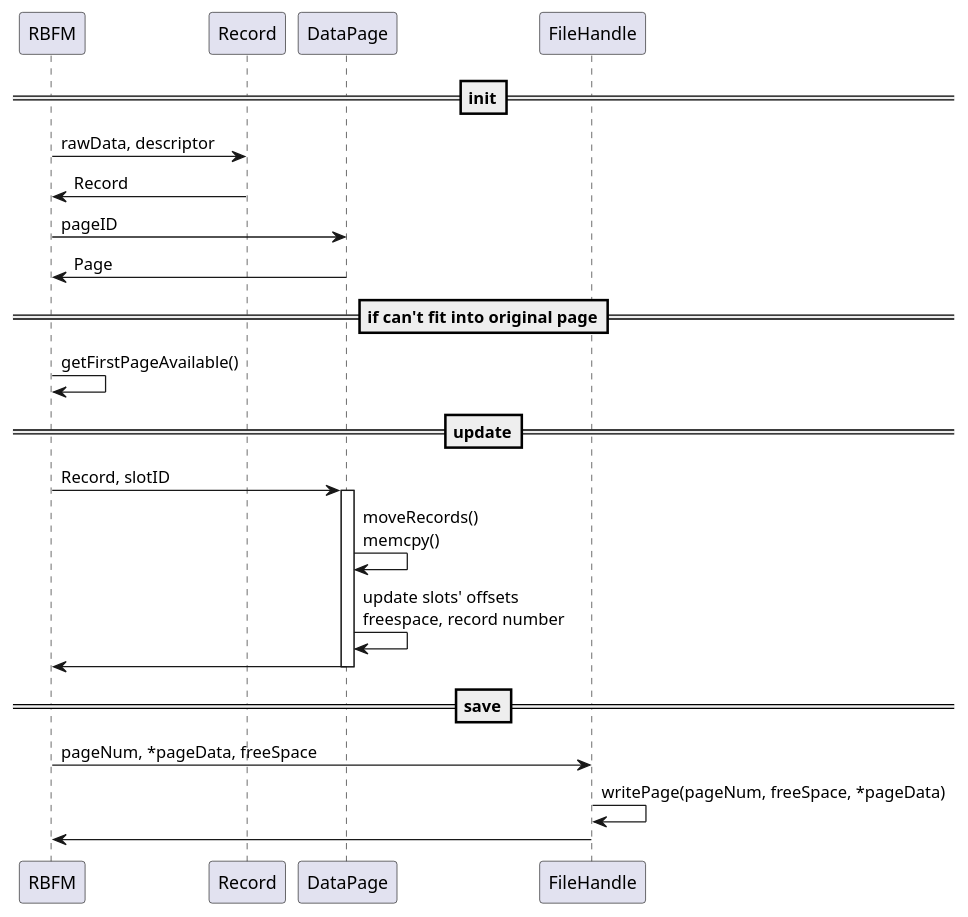
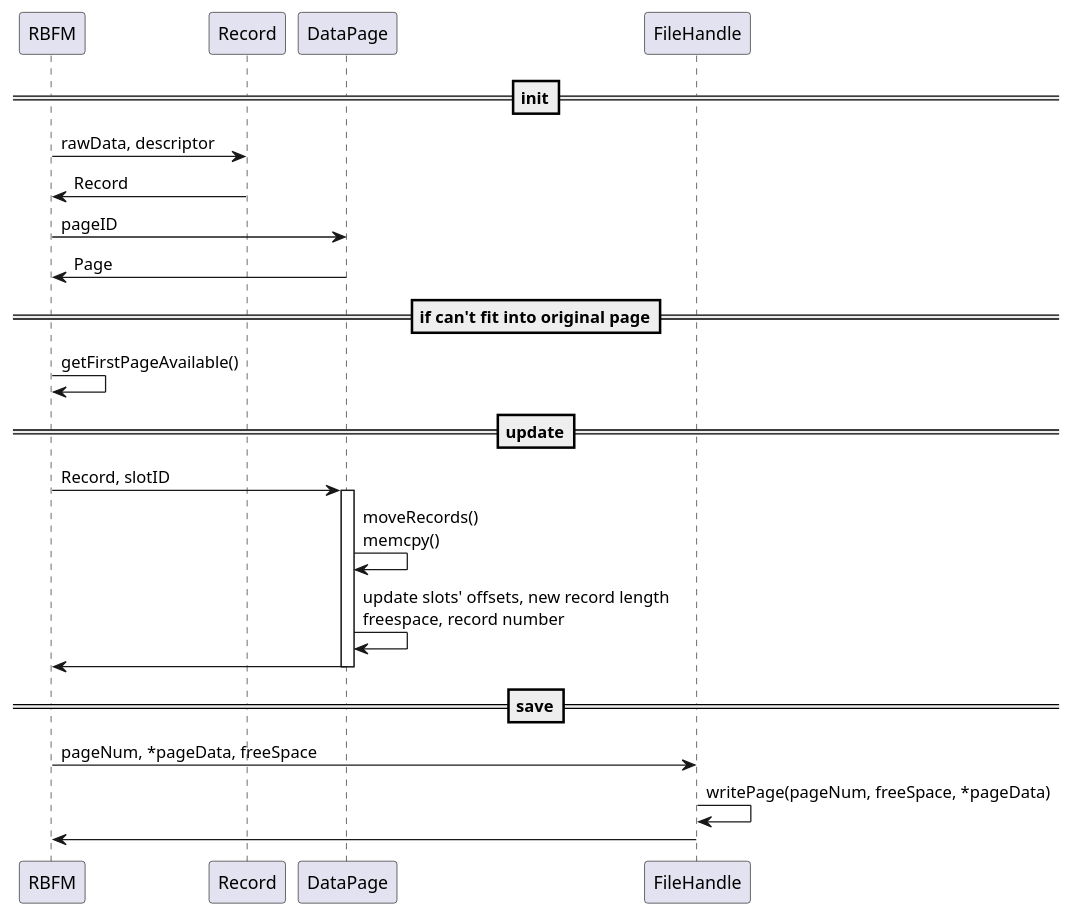
Before and after one commit to gyh1621/SimpleDatabase: the diagram in docs/update.puml, drawn with PlantUML. The commit also changed 5 other files, not shown here.

```diff
--- a/docs/update.puml
+++ b/docs/update.puml
@@ -1,29 +1,29 @@
 @startuml
 
 participant RBFM as R
 participant Record as RC
 participant DataPage as D
 participant FileHandle as F
 
 ==init==
 R -> RC: rawData, descriptor
 RC -> R: Record
 R -> D: pageID
 D -> R: Page
 
 ==if can't fit into original page==
 R -> R: getFirstPageAvailable()
 
 ==update==
 R -> D: Record, slotID
 activate D
 D -> D: moveRecords()\nmemcpy()
-D -> D: update slots' offsets\nfreespace, record number
+D -> D: update slots' offsets, new record length\nfreespace, record number
 D -> R
 deactivate D
 
 ==save==
 R -> F: pageNum, *pageData, freeSpace
 F -> F: writePage(pageNum, freeSpace, *pageData)
 F -> R
 @enduml
```
